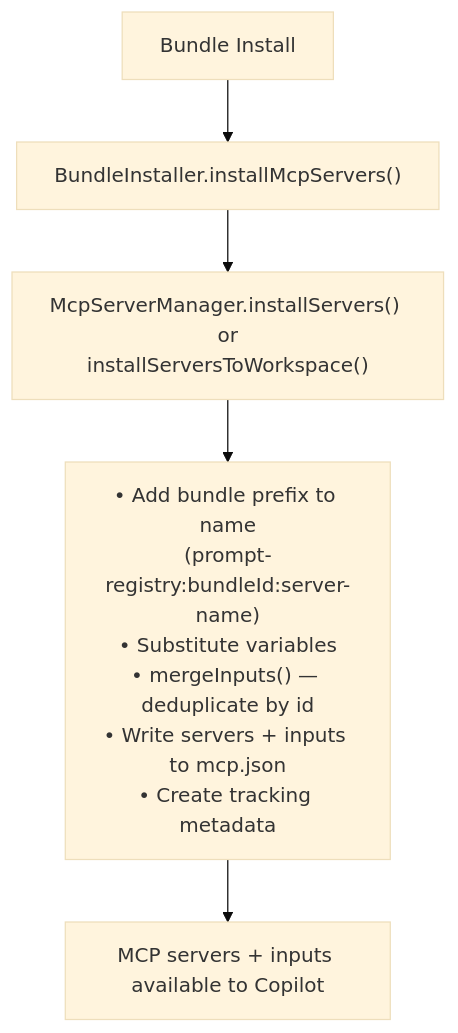
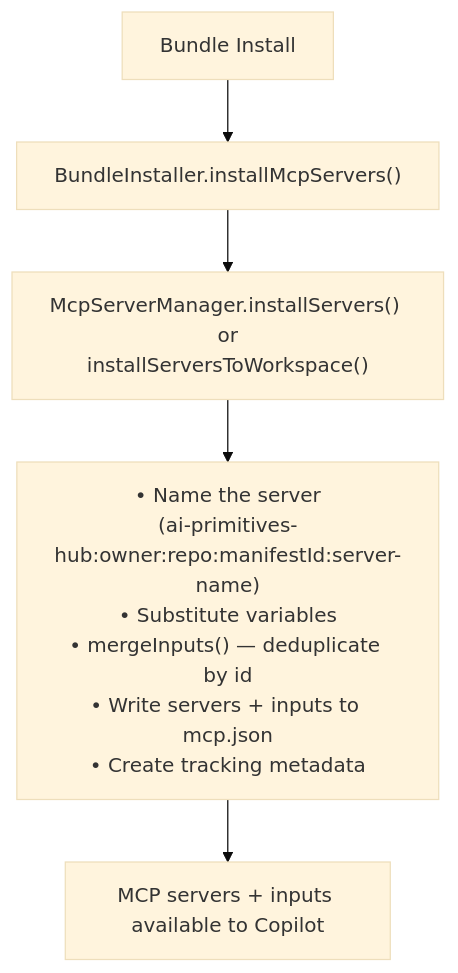
The first of 2 diagrams in docs/contributor-guide/architecture/mcp-integration.md (AmadeusITGroup/ai-primitives-hub), drawn with Mermaid (base theme) before and after one commit. The commit also changed other lines of this file and 13 other files, not shown here.

First line of the commit message:
feat(mcp): keep MCP server names stable across bundle updates (#631)

````diff
--- a/docs/contributor-guide/architecture/mcp-integration.md
+++ b/docs/contributor-guide/architecture/mcp-integration.md
@@ -15,13 +15,13 @@
 ```mermaid
 graph TD
     A["Bundle Install"]
     B["BundleInstaller.installMcpServers()"]
     C["McpServerManager.installServers() or\ninstallServersToWorkspace()"]
-    D["• Add bundle prefix to name\n(prompt-registry:bundleId:server-name)\n• Substitute variables\n• mergeInputs() — deduplicate by id\n• Write servers + inputs to mcp.json\n• Create tracking metadata"]
+    D["• Name the server\n(ai-primitives-hub:owner:repo:manifestId:server-name)\n• Substitute variables\n• mergeInputs() — deduplicate by id\n• Write servers + inputs to mcp.json\n• Create tracking metadata"]
     E["MCP servers + inputs available to Copilot"]
     
     A --> B
     B --> C
     C --> D
     D --> E
 ```
````
